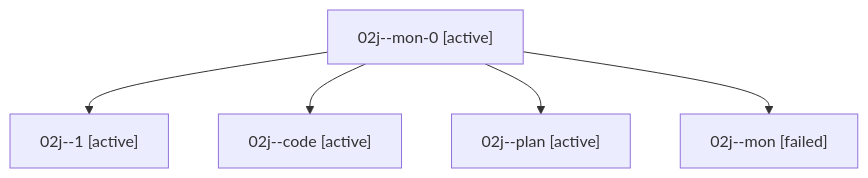
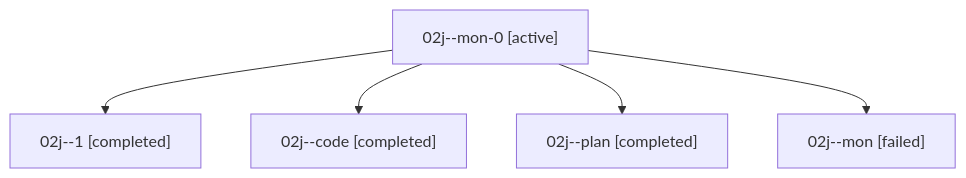
The diagram in families/bbugyi200.athena.02j.md (sase-org/sase--agents), drawn with Mermaid before and after one commit. The commit also changed other lines of this file and 71 other files, not shown here.

````diff
--- a/families/bbugyi200.athena.02j.md
+++ b/families/bbugyi200.athena.02j.md
@@ -9,12 +9,12 @@
 ```mermaid
 flowchart TD
   n0["02j--mon-0 [active]"]
-  n1["02j--1 [active]"]
+  n1["02j--1 [completed]"]
   n0 --> n1
-  n2["02j--code [active]"]
+  n2["02j--code [completed]"]
   n0 --> n2
-  n3["02j--plan [active]"]
+  n3["02j--plan [completed]"]
   n0 --> n3
   n4["02j--mon [failed]"]
   n0 --> n4
 ```
````
